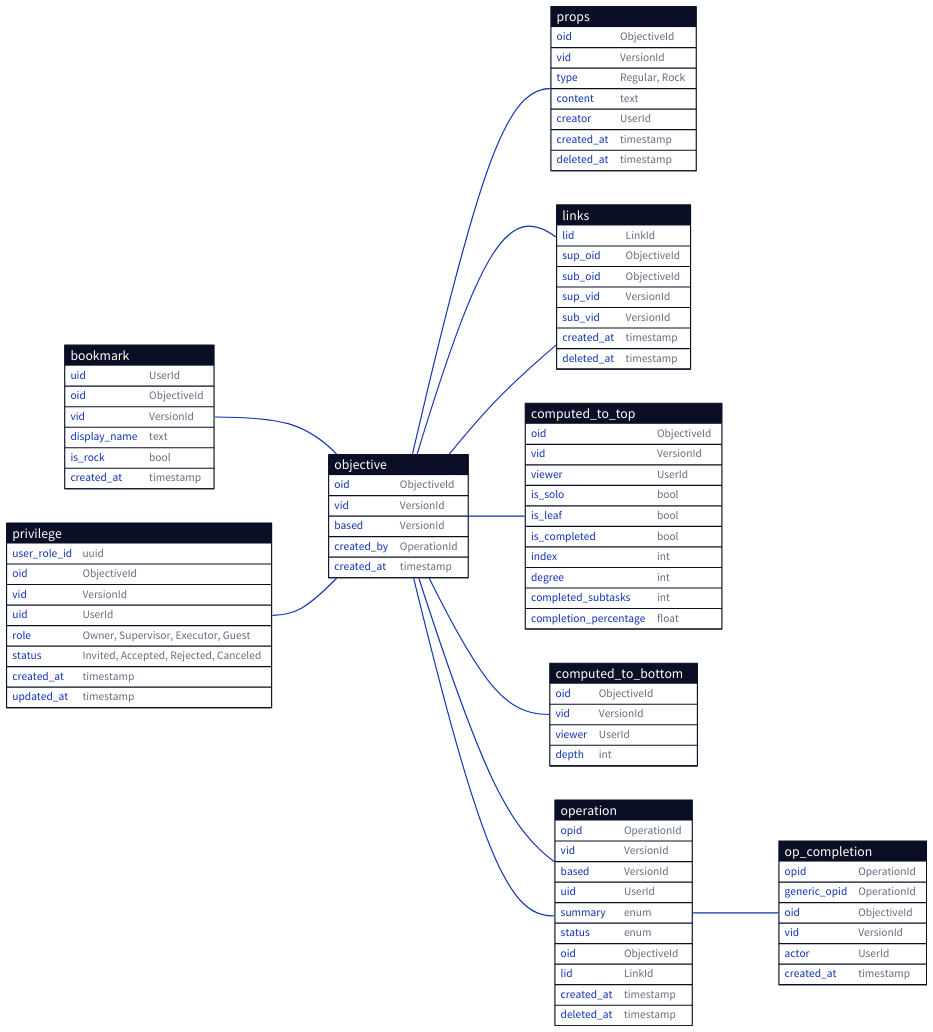
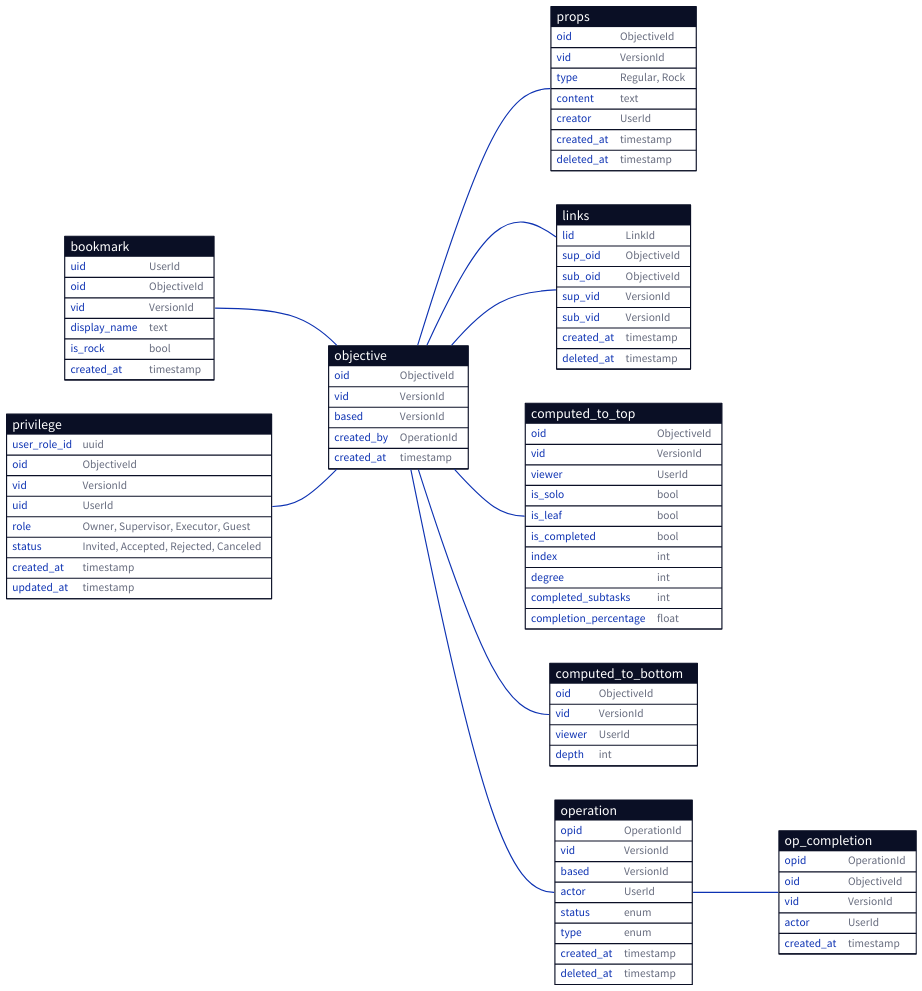
Before and after one commit to ufukty/logbook: the diagram in docs/database/simplified.d2, drawn with D2. The commit also changed 1 other file, not shown here.

Commit message:
docs/database/simplified: removes outdated design artifacts from `operation` table. removes redundant columns on data of same resource stored in separate tables due to 1-to-many relation. fixes misnamed columns.

```diff
--- a/docs/database/simplified.d2
+++ b/docs/database/simplified.d2
@@ -1,148 +1,141 @@
 bookmark: {
   shape: sql_table
 
   uid: UserId
   oid: ObjectiveId
   vid: VersionId
   display_name: text
   is_rock: bool # rocks are hidden in the UI
   created_at: timestamp
 }
 
 privilege: {
   shape: sql_table
 
   user_role_id: uuid
   oid: ObjectiveId
   vid: VersionId
   uid: UserId
   role: "Owner, Supervisor, Executor, Guest"
   status: "Invited, Accepted, Rejected, Canceled"
   created_at: timestamp
   updated_at: timestamp
 }
 
 objective: {
   shape: sql_table
 
   oid: ObjectiveId
   vid: VersionId
   based: VersionId
   created_by: OperationId
 
   created_at: timestamp
 }
 
 props: {
   shape: sql_table
 
   oid: ObjectiveId
   vid: VersionId
   type: "Regular, Rock"
   content: text
   creator: UserId
   created_at: timestamp
   deleted_at: timestamp
 }
 
 links: {
   shape: sql_table
 
   lid: LinkId
 
   sup_oid: ObjectiveId
   sub_oid: ObjectiveId
   sup_vid: VersionId
   sub_vid: VersionId
 
   created_at: timestamp
   deleted_at: timestamp
 }
 
 computed_to_top: {
   shape: sql_table
 
   oid: ObjectiveId
   vid: VersionId
   viewer: UserId
 
   is_solo: bool
   is_leaf: bool
   is_completed: bool
 
   index: int
   degree: int
   completed_subtasks: int
   completion_percentage: float
 }
 
 computed_to_bottom: {
   shape: sql_table
 
   oid: ObjectiveId
   vid: VersionId
   viewer: UserId
 
   depth: int
 }
 
 operation: {
   shape: sql_table
 
   opid: OperationId
   vid: VersionId
   based: VersionId
 
-  uid: UserId
-  summary: enum
+  actor: UserId
   status: enum
-
-  oid: ObjectiveId
-  lid: LinkId
+  type: enum # Transitive, Checkout, Completion, Reattach, Reorder, Content
 
   created_at: timestamp
   deleted_at: timestamp
 }
 
 op_completion: {
   shape: sql_table
 
   opid: OperationId
-  generic_opid: OperationId
   oid: ObjectiveId
   vid: VersionId
   actor: UserId
   created_at: timestamp
 }
 
 direction: right
 
 # a bookmark points to a root node of a work tree
 bookmark.oid -- objective.oid
 # bookmark.vid -- objective.vid
 
 # Any task with custom privilege hand.can have owner/viewers/executors
 privilege.oid -- objective.oid
 # privilege.vid -- objective.vid
 
 objective.oid -- links.sup_oid
 # objective.vid -- links.sup_vid
 
 objective.oid -- links.sub_oid
 # objective.vid -- links.sub_vid
 
-objective.oid -- operation.oid
-# objective.vid -- operation.vid
-
 objective.oid -- computed_to_top.oid
 # objective.vid -- computed_to_top.vid
 
 objective.oid -- computed_to_bottom.oid
 # objective.vid -- computed_to_bottom.vid
 
 operation.opid -- op_completion.opid
 
-objective.oid -- operation.oid
+objective.created_by -- operation.opid
 
 objective.oid -- props.oid
 # objective.vid -- props.vid
```
